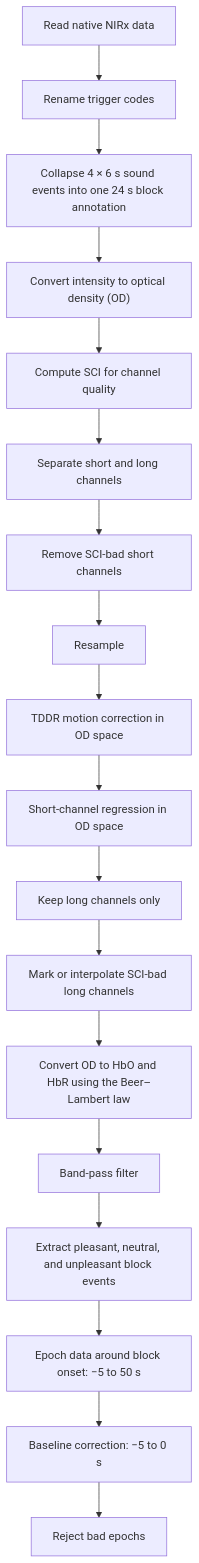
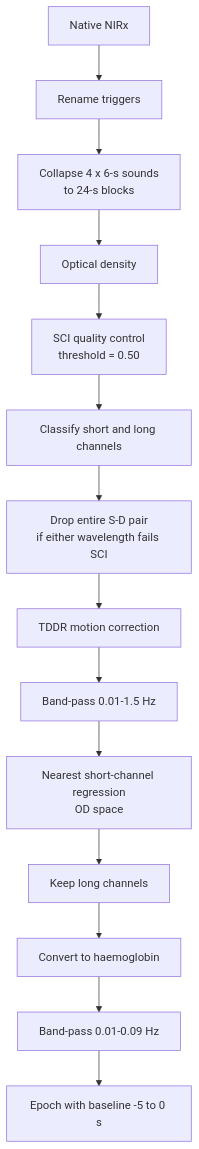
Before and after one commit to hpphearscode/fNIRS-emotion-VandyBH26: the diagram in Preprocessing/Task Description.md, drawn with Mermaid. The commit also changed other lines of this file and 5 other files, not shown here.

````diff
--- a/Preprocessing/Task Description.md
+++ b/Preprocessing/Task Description.md
@@ -16,24 +16,26 @@
 ```mermaid
 flowchart TD
-    A["Read native NIRx data"] --> B["Rename trigger codes"]
-    B --> C["Collapse 4 × 6 s sound events into one 24 s block annotation"]
-    C --> D["Convert intensity to optical density (OD)"]
 
-    D --> E["Compute SCI for channel quality"]
-    E --> F["Separate short and long channels"]
-    F --> G["Remove SCI-bad short channels"]
-    G --> H["Resample"]
-    H --> I["TDDR motion correction in OD space"]
-    I --> J["Short-channel regression in OD space"]
+    A["Native NIRx"] --> B["Rename triggers"]
+    B --> C["Collapse 4 x 6-s sounds<br/>to 24-s blocks"]
 
-    J --> K["Keep long channels only"]
-    K --> L["Mark or interpolate SCI-bad long channels"]
-    L --> M["Convert OD to HbO and HbR using the Beer–Lambert law"]
-    M --> N["Band-pass filter"]
+    C --> D["Optical density"]
+    D --> E["SCI quality control<br/>threshold = 0.50"]
 
-    N --> O["Extract pleasant, neutral, and unpleasant block events"]
-    O --> P["Epoch data around block onset: −5 to 50 s"]
-    P --> Q["Baseline correction: −5 to 0 s"]
-    Q --> R["Reject bad epochs"]
+    E --> F["Classify short and long channels"]
+    F --> G["Drop entire S-D pair<br/>if either wavelength fails SCI"]
+
+    G --> H["TDDR motion correction"]
+    H --> I["Band-pass 0.01-1.5 Hz"]
+
+    I --> J["Nearest short-channel regression<br/>OD space"]
+    J --> K["Keep long channels"]
+
+    K --> L["Convert to haemoglobin"]
+
+    L --> M["Band-pass 0.01-0.09 Hz"]
+
+    M --> N["Epoch with baseline -5 to 0 s"]
+
 
 ```
````
